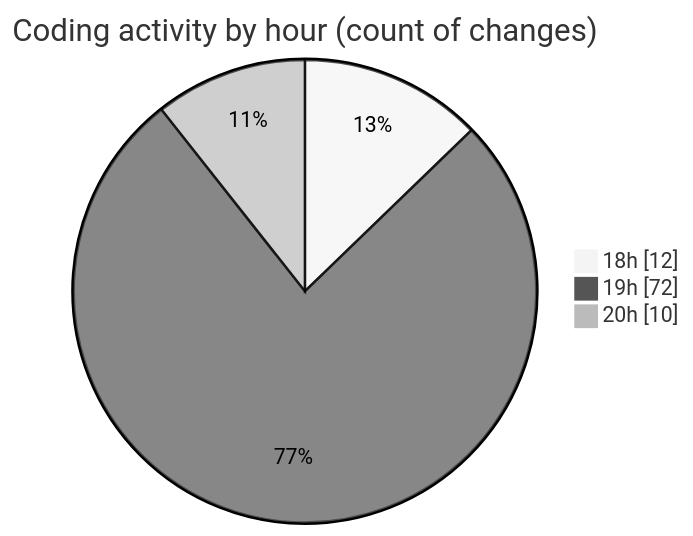
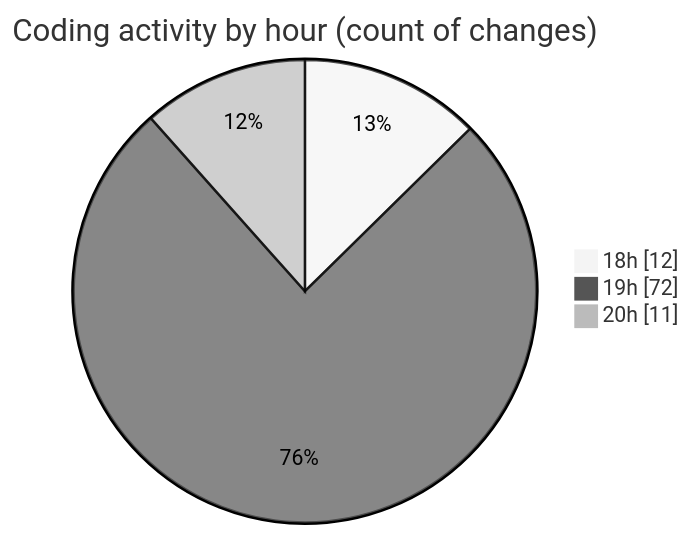
The second of 2 diagrams in 2025-03-14/myws__workspace_/README.md (MatusMokan/code-tracking), drawn with Mermaid (neutral theme) before and after one commit. The commit also changed other lines of this file and 1 other file, not shown here.

````diff
--- a/2025-03-14/myws__workspace_/README.md
+++ b/2025-03-14/myws__workspace_/README.md
@@ -30,7 +30,7 @@
 ```mermaid
 pie showData
 title Coding activity by hour (count of changes)
 "18h" : 12
 "19h" : 72
-"20h" : 10
+"20h" : 11
 ```
````
